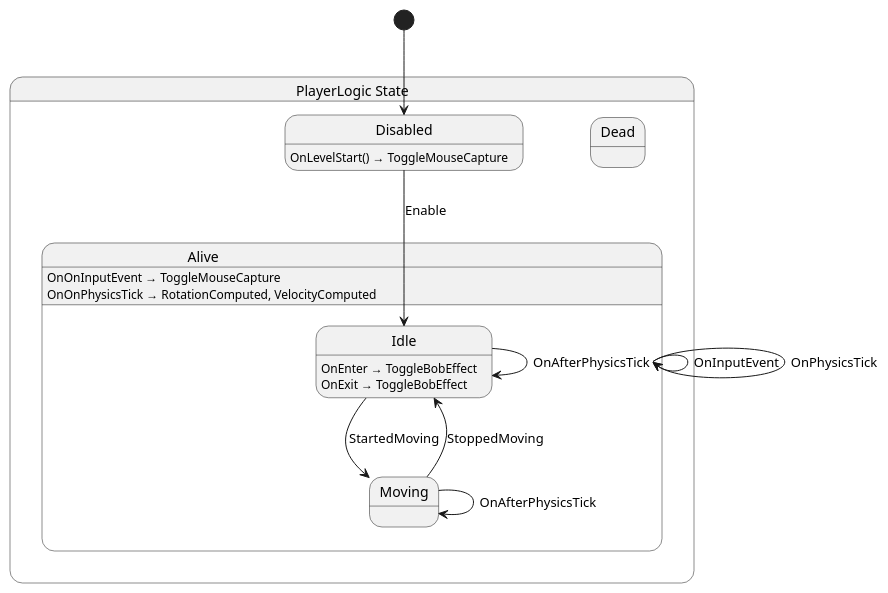
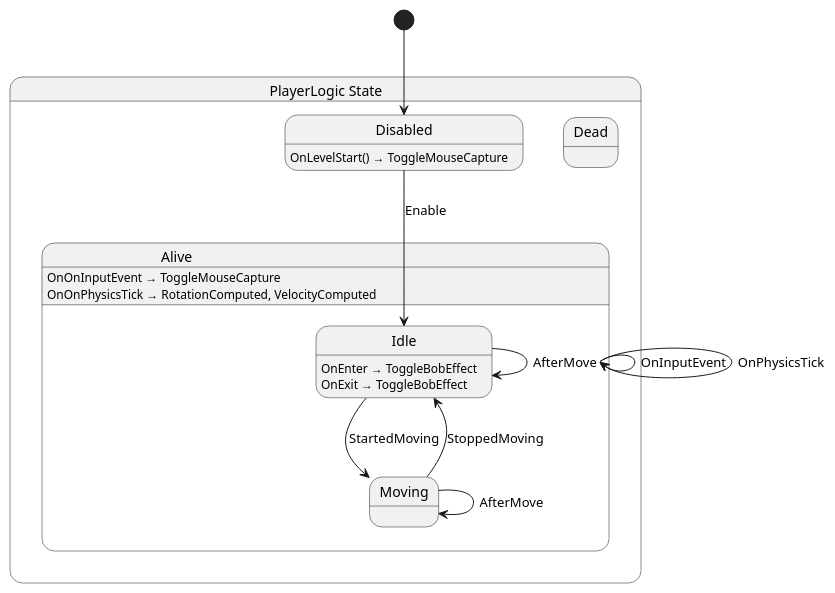
Before and after one commit to SkyValor/rescue-drone: the diagram in Scripts/Drone/Player/State/PlayerLogic.g.puml, drawn with PlantUML. The commit also changed 30 other files, not shown here.

```diff
--- a/Scripts/Drone/Player/State/PlayerLogic.g.puml
+++ b/Scripts/Drone/Player/State/PlayerLogic.g.puml
@@ -1,26 +1,26 @@
 @startuml PlayerLogic
 state "PlayerLogic State" as RescueDrone_PlayerLogic_State {
   state "Alive" as RescueDrone_PlayerLogic_State_Alive {
     state "Idle" as RescueDrone_PlayerLogic_State_Idle
     state "Moving" as RescueDrone_PlayerLogic_State_Moving
   }
   state "Dead" as RescueDrone_PlayerLogic_State_Dead
   state "Disabled" as RescueDrone_PlayerLogic_State_Disabled
 }
 
 RescueDrone_PlayerLogic_State_Alive --> RescueDrone_PlayerLogic_State_Alive : OnInputEvent
 RescueDrone_PlayerLogic_State_Alive --> RescueDrone_PlayerLogic_State_Alive : OnPhysicsTick
 RescueDrone_PlayerLogic_State_Disabled --> RescueDrone_PlayerLogic_State_Idle : Enable
-RescueDrone_PlayerLogic_State_Idle --> RescueDrone_PlayerLogic_State_Idle : OnAfterPhysicsTick
+RescueDrone_PlayerLogic_State_Idle --> RescueDrone_PlayerLogic_State_Idle : AfterMove
 RescueDrone_PlayerLogic_State_Idle --> RescueDrone_PlayerLogic_State_Moving : StartedMoving
 RescueDrone_PlayerLogic_State_Moving --> RescueDrone_PlayerLogic_State_Idle : StoppedMoving
-RescueDrone_PlayerLogic_State_Moving --> RescueDrone_PlayerLogic_State_Moving : OnAfterPhysicsTick
+RescueDrone_PlayerLogic_State_Moving --> RescueDrone_PlayerLogic_State_Moving : AfterMove
 
 RescueDrone_PlayerLogic_State_Alive : OnOnInputEvent → ToggleMouseCapture
 RescueDrone_PlayerLogic_State_Alive : OnOnPhysicsTick → RotationComputed, VelocityComputed
 RescueDrone_PlayerLogic_State_Disabled : OnLevelStart() → ToggleMouseCapture
 RescueDrone_PlayerLogic_State_Idle : OnEnter → ToggleBobEffect
 RescueDrone_PlayerLogic_State_Idle : OnExit → ToggleBobEffect
 
 [*] --> RescueDrone_PlayerLogic_State_Disabled
 @enduml
```
